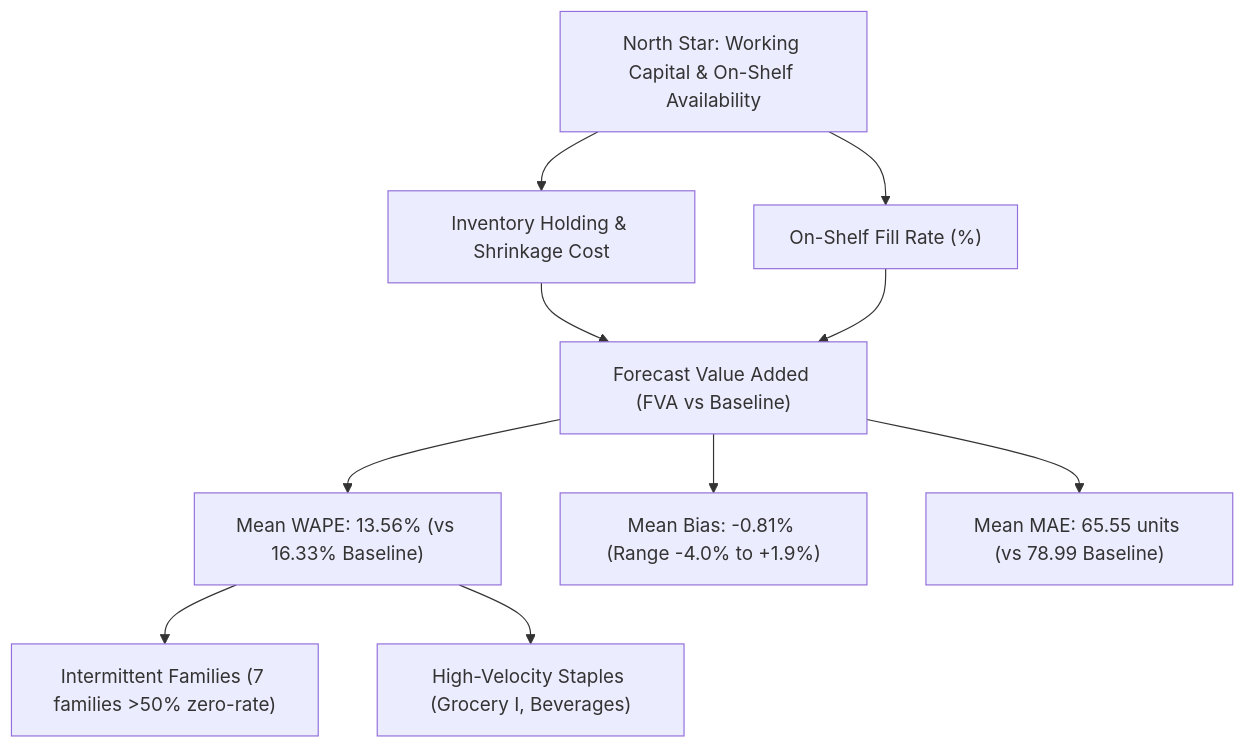
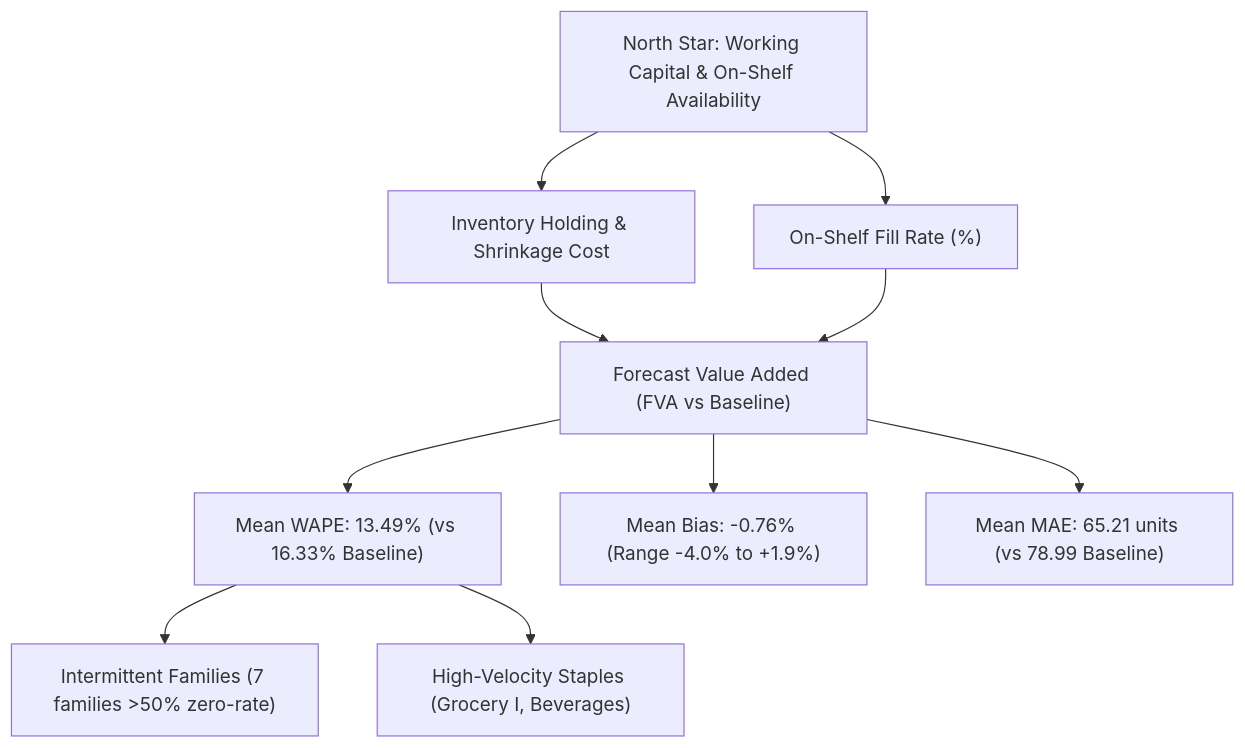
Before and after one commit to lazycoder52/grocery-demand-planner: the diagram in docs/PRODUCT_BRIEF.md, drawn with Mermaid. The commit also changed other lines of this file and 2 other files, not shown here.

Commit message:
docs: align headline CV and holdout metrics with pre-opening exclusion and add consistency test

````diff
--- a/docs/PRODUCT_BRIEF.md
+++ b/docs/PRODUCT_BRIEF.md
@@ -41,12 +41,12 @@
 ```mermaid
 graph TD
     A["North Star: Working Capital & On-Shelf Availability"] --> B["Inventory Holding & Shrinkage Cost"]
     A --> C["On-Shelf Fill Rate (%)"]
     B --> D["Forecast Value Added (FVA vs Baseline)"]
     C --> D
-    D --> E["Mean WAPE: 13.56% (vs 16.33% Baseline)"]
-    D --> F["Mean Bias: -0.81% (Range -4.0% to +1.9%)"]
-    D --> G["Mean MAE: 65.55 units (vs 78.99 Baseline)"]
+    D --> E["Mean WAPE: 13.49% (vs 16.33% Baseline)"]
+    D --> F["Mean Bias: -0.76% (Range -4.0% to +1.9%)"]
+    D --> G["Mean MAE: 65.21 units (vs 78.99 Baseline)"]
     E --> H["Intermittent Families (7 families >50% zero-rate)"]
     E --> I["High-Velocity Staples (Grocery I, Beverages)"]
 ```
````
